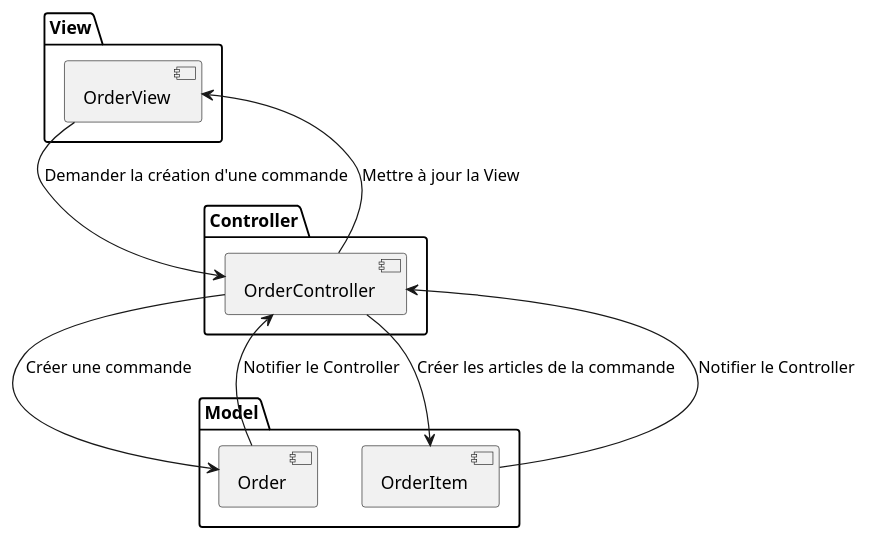
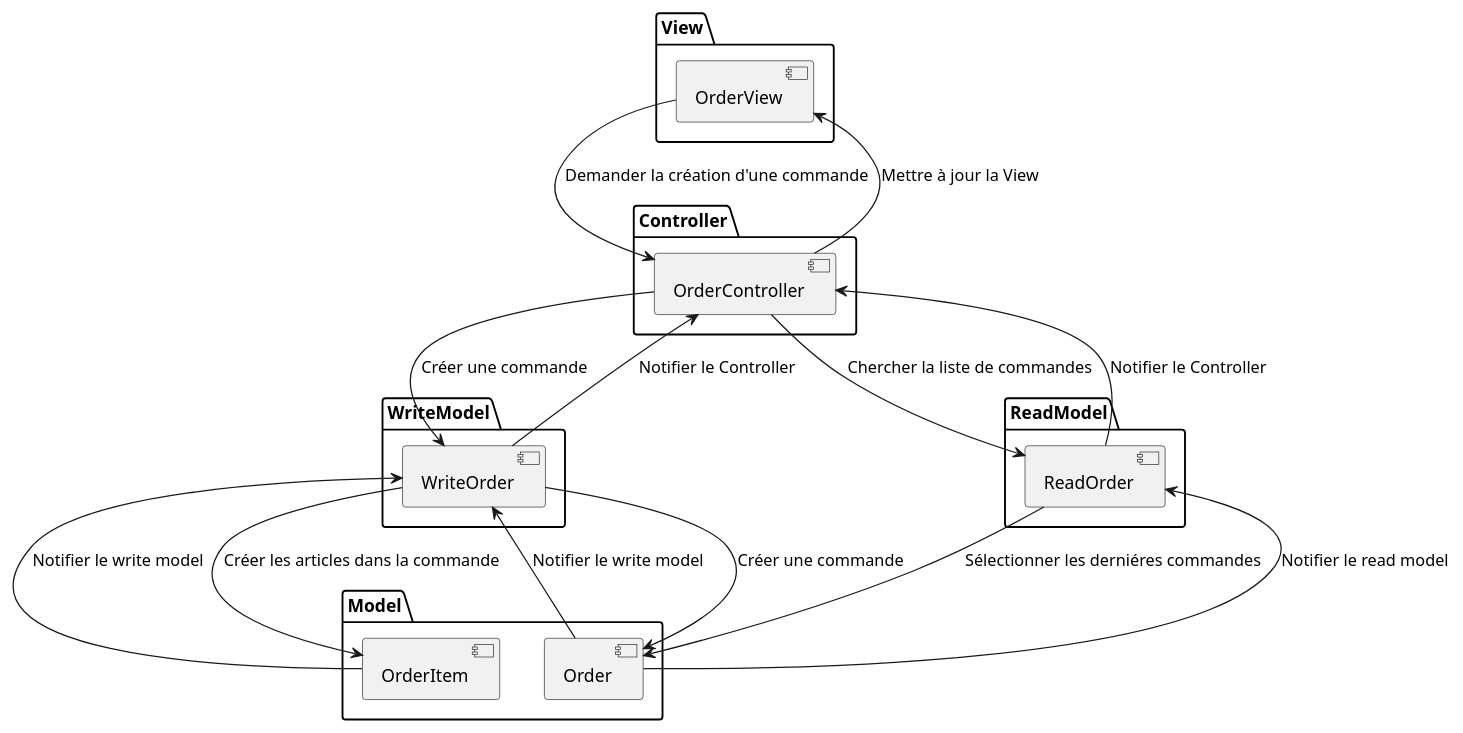
One commit to theobrogrammer/log430-a25-labo2 changed the diagram in docs/views/component.puml. Above: the diagram before and after it, drawn with PlantUML.

Commit message:
update component diagram

```diff
--- a/docs/views/component.puml
+++ b/docs/views/component.puml
@@ -1,21 +1,35 @@
 @startuml
 package View {
     [OrderView] 
 }
 
 package Controller {
     [OrderController] 
 }
 
+package WriteModel {
+    [WriteOrder] 
+}
+
+package ReadModel {
+    [ReadOrder] 
+}
+
 package Model {
     [Order] 
     [OrderItem]
 }
 
 [OrderView] --> [OrderController] : Demander la création d'une commande
-[OrderController] --> [Order] : Créer une commande
-[OrderController] --> [OrderItem] : Créer les articles de la commande
-[OrderItem] --> [OrderController] : Notifier le Controller
-[Order] --> [OrderController] : Notifier le Controller
+[OrderController] --> [WriteOrder] : Créer une commande
+[WriteOrder] --> [OrderController] : Notifier le Controller
 [OrderController] --> [OrderView] : Mettre à jour la View 
+[WriteOrder] --> [Order] : Créer une commande 
+[Order] --> [WriteOrder] : Notifier le write model
+[WriteOrder] --> [OrderItem] : Créer les articles dans la commande 
+[OrderItem] --> [WriteOrder] : Notifier le write model
+[OrderController] --> [ReadOrder] : Chercher la liste de commandes
+[ReadOrder] --> [OrderController] : Notifier le Controller
+[ReadOrder] --> [Order] : Sélectionner les derniéres commandes
+[Order] --> [ReadOrder] : Notifier le read model
 @enduml
```
